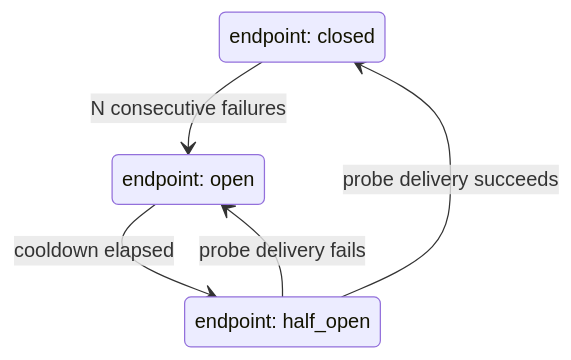
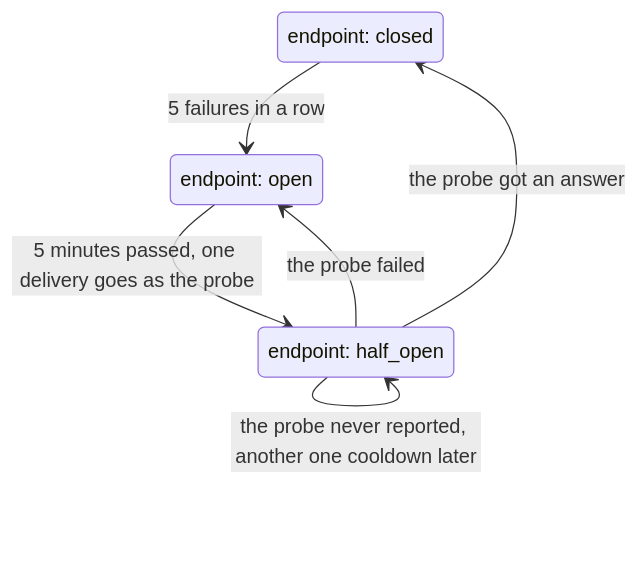
One commit to yarosavromachenko/Metered changed the third of 4 diagrams in docs/domain.md. Above: the diagram before and after it, drawn with Mermaid. The commit also changed other lines of this file and 8 other files, not shown here.

````diff
--- a/docs/domain.md
+++ b/docs/domain.md
@@ -141,11 +142,12 @@
 ```mermaid
 stateDiagram-v2
     state "endpoint: closed" as closed
     state "endpoint: open" as open
     state "endpoint: half_open" as half
 
-    closed --> open: N consecutive failures
-    open --> half: cooldown elapsed
-    half --> closed: probe delivery succeeds
-    half --> open: probe delivery fails
+    closed --> open: 5 failures in a row
+    open --> half: 5 minutes passed, one delivery goes as the probe
+    half --> closed: the probe got an answer
+    half --> open: the probe failed
+    half --> half: the probe never reported, another one cooldown later
 ```
````
